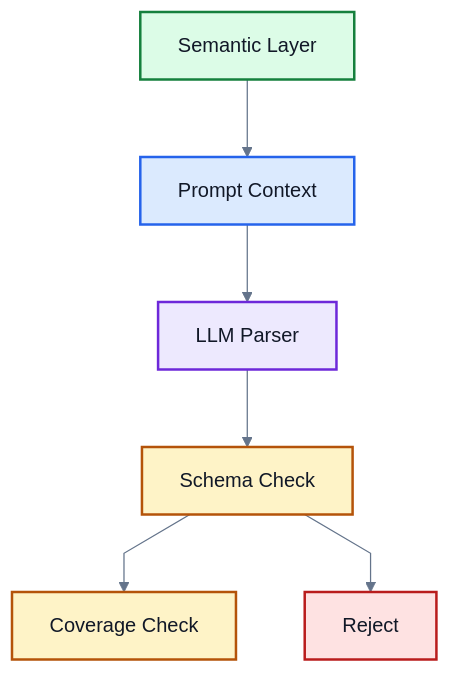
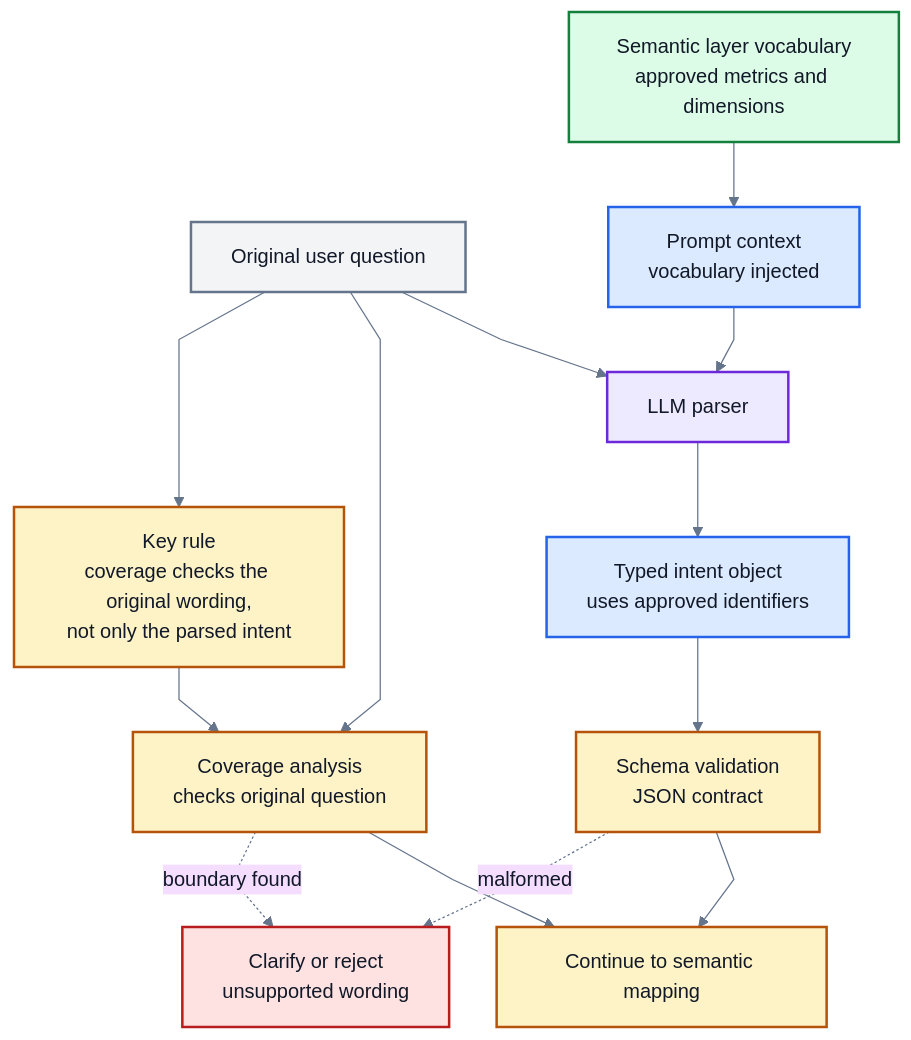
Before and after one commit to md-riaz/AEGIS-Research: the diagram in docs/scripts/thesis_book_generator/figures/source/figure-05-vocabulary-injection.mmd, drawn with Mermaid. The commit also changed 21 other files, not shown here.

```diff
--- a/docs/scripts/thesis_book_generator/figures/source/figure-05-vocabulary-injection.mmd
+++ b/docs/scripts/thesis_book_generator/figures/source/figure-05-vocabulary-injection.mmd
@@ -1,25 +1,37 @@
 %% AEGIS thesis Figure 5 source
-%%{init: {"theme": "base", "themeCSS": ".nodeLabel, .edgeLabel, .cluster-label { font-family: Arial, sans-serif !important; }", "themeVariables": {"fontFamily": "Arial, sans-serif", "primaryTextColor": "#111827", "lineColor": "#64748b"}, "flowchart": {"nodeSpacing": 55, "rankSpacing": 62, "curve": "linear"}}}%%
+%%{init: {"theme": "base", "themeCSS": ".nodeLabel, .edgeLabel, .cluster-label { font-family: Arial, sans-serif !important; } .nodeLabel { font-size: 16px; } .edgeLabel { font-size: 14px; } .cluster-label { font-weight: 700; }", "themeVariables": {"fontFamily": "Arial, sans-serif", "primaryTextColor": "#111827", "lineColor": "#64748b"}, "flowchart": {"nodeSpacing": 38, "rankSpacing": 52, "curve": "linear", "padding": 16}}}%%
 flowchart TB
-    SL["Semantic Layer"]
-    PB["Prompt Context"]
-    LLM["LLM Parser"]
-    SV["Schema Check"]
-    NEXT["Coverage Check"]
-    STOP["Reject"]
+    Q["Original user question"]
+    SL["Semantic layer vocabulary<br/>approved metrics and dimensions"]
+    PB["Prompt context<br/>vocabulary injected"]
+    LLM["LLM parser"]
+    INT["Typed intent object<br/>uses approved identifiers"]
+    SC["Schema validation<br/>JSON contract"]
+    COV["Coverage analysis<br/>checks original question"]
+    OK["Continue to semantic mapping"]
+    REJ["Clarify or reject<br/>unsupported wording"]
 
-    SL --> PB --> LLM --> SV
-    SV --> NEXT
-    SV --> STOP
+    SL --> PB --> LLM --> INT --> SC
+    Q --> LLM
+    Q --> COV
+    COV --> OK
+    SC --> OK
+    COV -. boundary found .-> REJ
+    SC -. malformed .-> REJ
 
+    NOTE["Key rule<br/>coverage checks the original wording,<br/>not only the parsed intent"]
+    Q --> NOTE --> COV
+
+    classDef question fill:#f3f4f6,stroke:#64748b,color:#111827,stroke-width:2px;
     classDef semantic fill:#dcfce7,stroke:#15803d,color:#111827,stroke-width:2px;
     classDef prompt fill:#dbeafe,stroke:#2563eb,color:#111827,stroke-width:2px;
     classDef llm fill:#ede9fe,stroke:#6d28d9,color:#111827,stroke-width:2px;
     classDef validation fill:#fef3c7,stroke:#b45309,color:#111827,stroke-width:2px;
     classDef reject fill:#fee2e2,stroke:#b91c1c,color:#111827,stroke-width:2px;
 
+    class Q question;
     class SL semantic;
-    class PB prompt;
+    class PB,INT prompt;
     class LLM llm;
-    class SV,NEXT validation;
-    class STOP reject;
+    class SC,COV,OK,NOTE validation;
+    class REJ reject;
```
